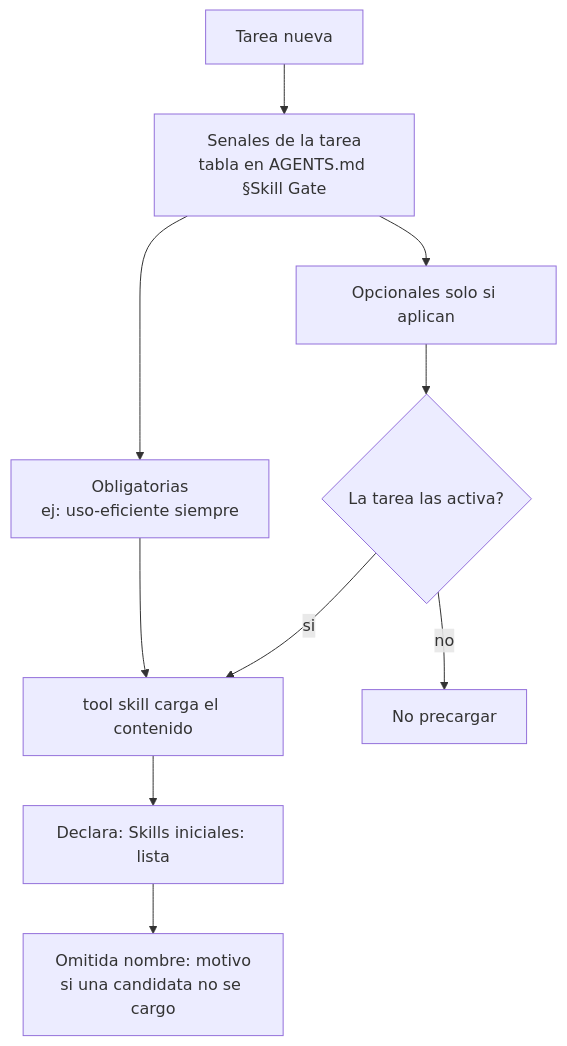
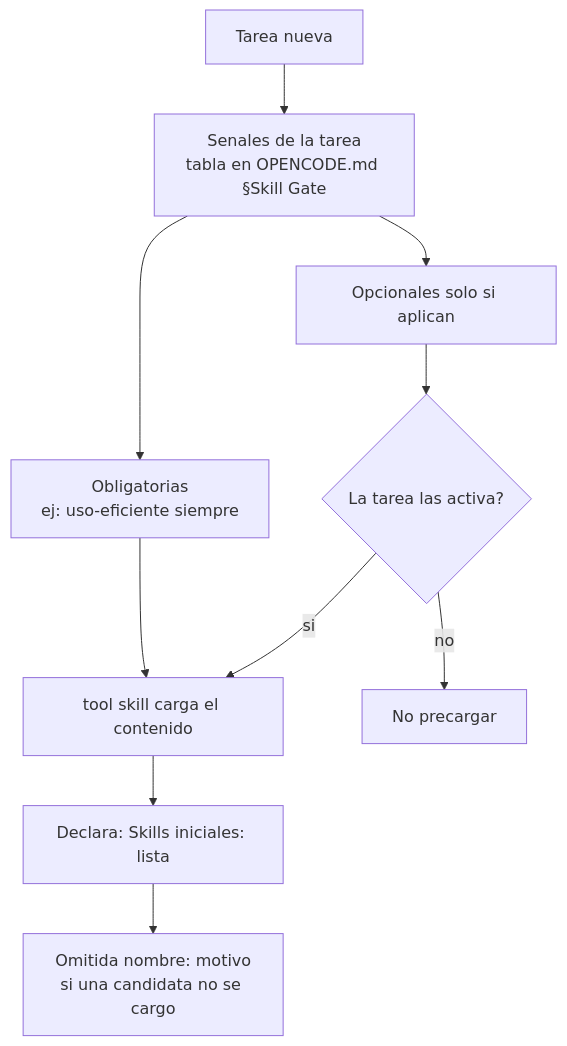
Before and after one commit to darman-prog/HarnessConfig: the second of 7 diagrams in docs/harness/pipeline.md, drawn with Mermaid. The commit also changed other lines of this file and 14 other files, not shown here.

Commit message:
docs(harness): sweep de referencias al esquema OPENCODE.md + AGENTS.md agnostico

````diff
--- a/docs/harness/pipeline.md
+++ b/docs/harness/pipeline.md
@@ -71,13 +71,13 @@
 ```mermaid
 flowchart TD
-    T["Tarea nueva"] --> S["Senales de la tarea<br/>tabla en AGENTS.md §Skill Gate"]
+    T["Tarea nueva"] --> S["Senales de la tarea<br/>tabla en OPENCODE.md §Skill Gate"]
     S --> OB["Obligatorias<br/>ej: uso-eficiente siempre"]
     S --> OP["Opcionales solo si aplican"]
     OB --> C["tool skill carga el contenido"]
     OP --> Q{"La tarea las activa?"}
     Q --> |"si"| C
     Q --> |"no"| N["No precargar"]
     C --> D["Declara: Skills iniciales: lista"]
     D --> O2["Omitida nombre: motivo<br/>si una candidata no se cargo"]
     click D href "#sec-7" "Ir al loop de commit"
 ```
````
